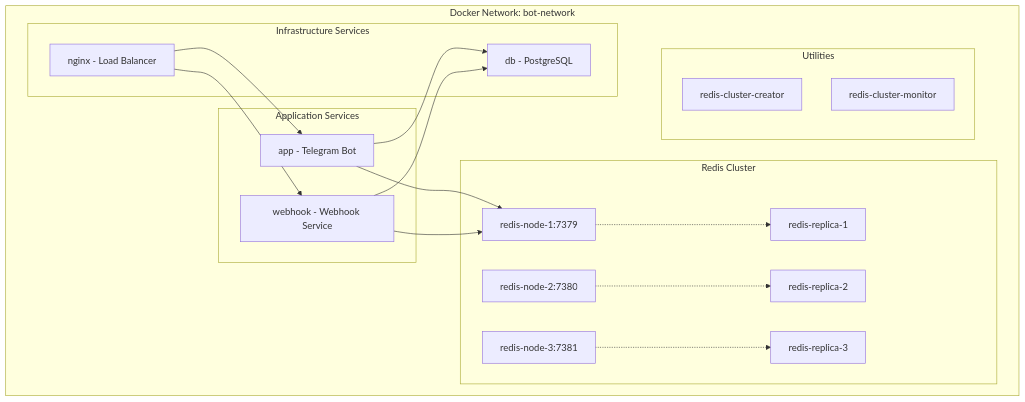
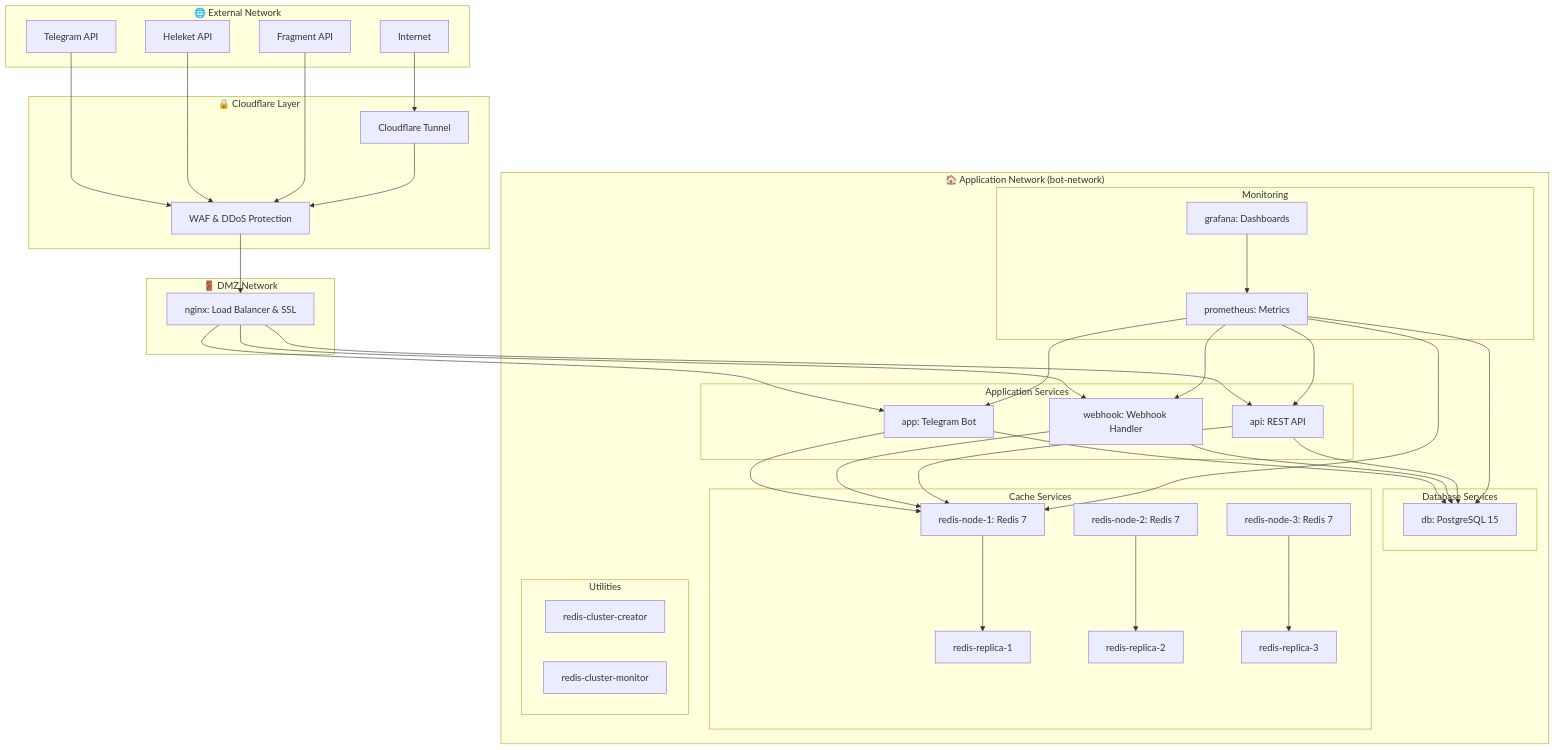
Before and after one commit to neKamita/Mirza-Telegram-Shop-Bot: the fourth of 11 diagrams in README.md, drawn with Mermaid. The commit also changed other lines of this file and 7 other files, not shown here.

````diff
--- a/README.md
+++ b/README.md
@@ -388,40 +463,81 @@
 ```mermaid
 graph TB
-    subgraph "Docker Network: bot-network"
+    subgraph "🌐 External Network"
+        INTERNET[Internet]
+        TG_API[Telegram API]
+        HELEKET_API[Heleket API]
+        FRAGMENT_API[Fragment API]
+    end
+
+    subgraph "🔒 Cloudflare Layer"
+        CF_TUNNEL[Cloudflare Tunnel]
+        CF_WAF[WAF & DDoS Protection]
+    end
+
+    subgraph "🚪 DMZ Network"
+        NGINX[nginx: Load Balancer & SSL]
+    end
+
+    subgraph "🏠 Application Network (bot-network)"
         subgraph "Application Services"
-            APP[app - Telegram Bot]
-            WEBHOOK[webhook - Webhook Service]
+            BOT[app: Telegram Bot]
+            WEBHOOK[webhook: Webhook Handler]
+            API[api: REST API]
         end
 
-        subgraph "Infrastructure Services"
-            PG[db - PostgreSQL]
-            NGINX[nginx - Load Balancer]
+        subgraph "Database Services"
+            POSTGRES[db: PostgreSQL 15]
         end
 
-        subgraph "Redis Cluster"
-            R1[redis-node-1:7379]
-            R2[redis-node-2:7380]
-            R3[redis-node-3:7381]
-            RR1[redis-replica-1]
-            RR2[redis-replica-2]
-            RR3[redis-replica-3]
+        subgraph "Cache Services"
+            REDIS1[redis-node-1: Redis 7]
+            REDIS2[redis-node-2: Redis 7]
+            REDIS3[redis-node-3: Redis 7]
+            REDIS_REPLICA1[redis-replica-1]
+            REDIS_REPLICA2[redis-replica-2]
+            REDIS_REPLICA3[redis-replica-3]
+        end
+
+        subgraph "Monitoring"
+            PROMETHEUS[prometheus: Metrics]
+            GRAFANA[grafana: Dashboards]
         end
 
         subgraph "Utilities"
-            RC[redis-cluster-creator]
-            RM[redis-cluster-monitor]
+            REDIS_CREATOR[redis-cluster-creator]
+            REDIS_MONITOR[redis-cluster-monitor]
         end
     end
 
-    APP --> PG
-    APP --> R1
-    WEBHOOK --> PG
-    WEBHOOK --> R1
-    NGINX --> APP
+    INTERNET --> CF_TUNNEL
+    TG_API --> CF_WAF
+    HELEKET_API --> CF_WAF
+    FRAGMENT_API --> CF_WAF
+
+    CF_TUNNEL --> CF_WAF
+    CF_WAF --> NGINX
+
+    NGINX --> BOT
     NGINX --> WEBHOOK
+    NGINX --> API
 
-    R1 -.-> RR1
-    R2 -.-> RR2
-    R3 -.-> RR3
+    BOT --> POSTGRES
+    WEBHOOK --> POSTGRES
+    API --> POSTGRES
 
+    BOT --> REDIS1
+    WEBHOOK --> REDIS1
+    API --> REDIS1
+
+    REDIS1 --> REDIS_REPLICA1
+    REDIS2 --> REDIS_REPLICA2
+    REDIS3 --> REDIS_REPLICA3
+
+    PROMETHEUS --> BOT
+    PROMETHEUS --> WEBHOOK
+    PROMETHEUS --> API
+    PROMETHEUS --> POSTGRES
+    PROMETHEUS --> REDIS1
+
+    GRAFANA --> PROMETHEUS
 ```
````
